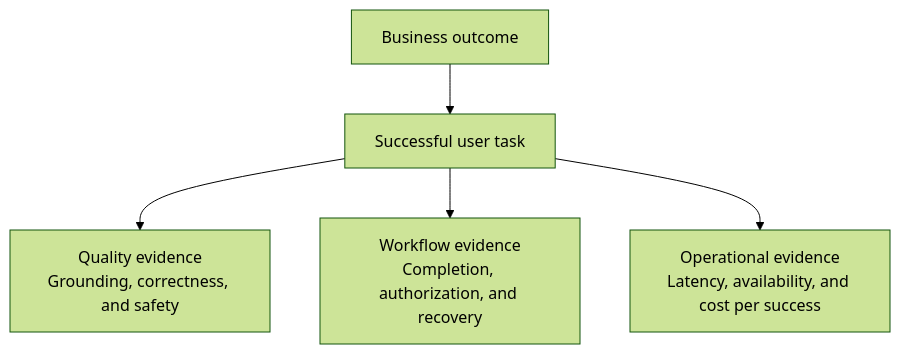
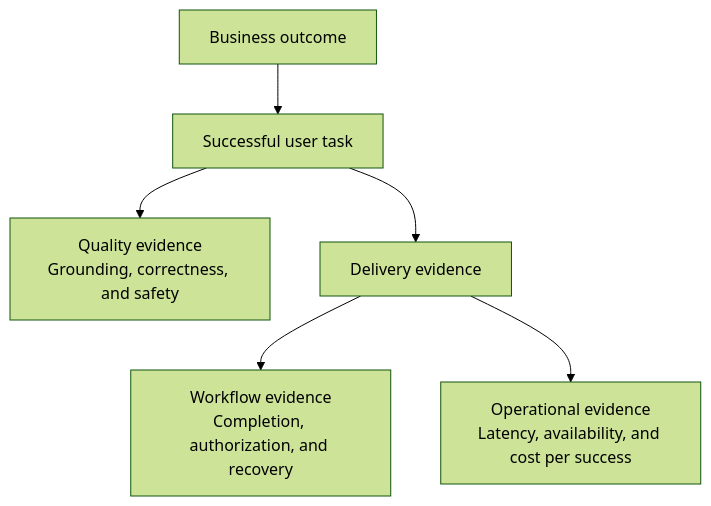
The third of 3 diagrams in 17-ai-product-engineering/README.md (TP-Coder-Innovation-Hub/ai-platform-engineering), drawn with Mermaid (forest theme) before and after one commit.

Commit message:
Fit product analytics diagram to content

````diff
--- a/17-ai-product-engineering/README.md
+++ b/17-ai-product-engineering/README.md
@@ -252,7 +252,8 @@
 ```mermaid
 flowchart TB
     B[Business outcome] --> U[Successful user task]
     U --> Q["Quality evidence<br/>Grounding, correctness, and safety"]
-    U --> W["Workflow evidence<br/>Completion, authorization, and recovery"]
-    U --> O["Operational evidence<br/>Latency, availability, and cost per success"]
+    U --> D[Delivery evidence]
+    D --> W["Workflow evidence<br/>Completion, authorization, and recovery"]
+    D --> O["Operational evidence<br/>Latency, availability, and cost per success"]
 ```
````
